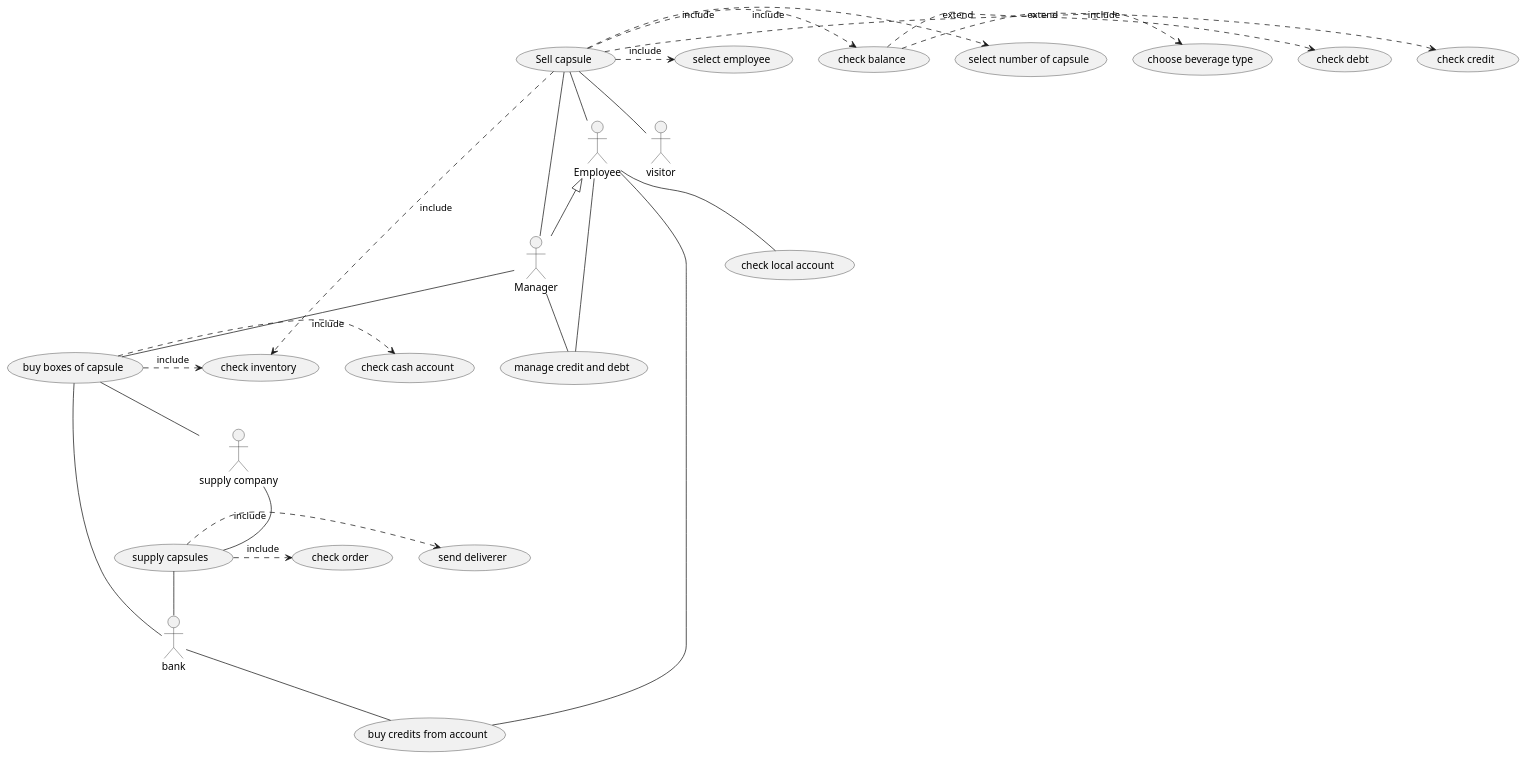
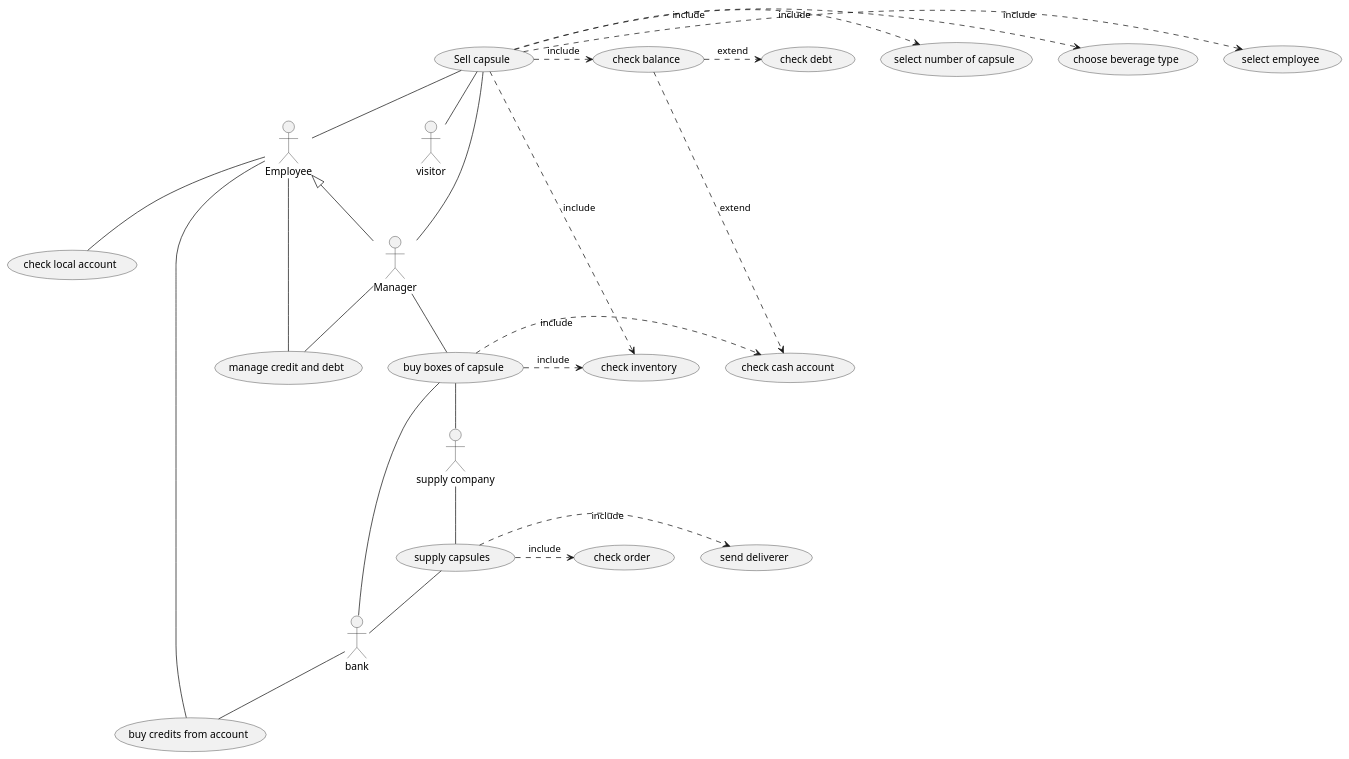
Before and after one commit to roypaulin/laTazza: the second of 4 diagrams in Project/Requirements/RequirementDocument.md, drawn with PlantUML.

Commit message:
removed another imperfection

````diff
--- a/Project/Requirements/RequirementDocument.md
+++ b/Project/Requirements/RequirementDocument.md
@@ -143,53 +143,52 @@
 ```plantuml
 actor Manager as m
 actor Employee as e
 actor "supply company" as s
 actor visitor as v
 actor bank as b
 
 
 (Sell capsule) as sc
 (manage credit and debt) as mcd
 (check cash account) as cca
 (buy boxes of capsule) as bbc
 (check inventory) as ci
 (select employee) as se
 (choose beverage type) as cbt
 (select number of capsule) as snc
 (check order) as co
 (check debt) as cd
-(check credit) as cc
 (check balance) as cb
 (supply capsules ) as sca
 (send deliverer) as sd
 (check local account) as cla
 (buy credits from account) as bcfa
 
 m -- sc
 m -- bbc
 m -- mcd
 e -- mcd
 b -- bcfa
 e -- bcfa
 
 e <|-- m
 sc .> se : include
 sc .> cbt : include
 sc .> snc : include
 bbc .> cca : include
 bbc .> ci : include
 sc .> ci : include
 sc .> cb : include
 sca .> co : include
 sca .> sd : include
 cb .> cd : extend
-cb .> cc : extend
+cb .> cca : extend
 
 sc -- e
 bbc -- s
 sc -- v
 b -- bbc
 s -- sca
 sca -- b
 e -- cla
 ```
````
